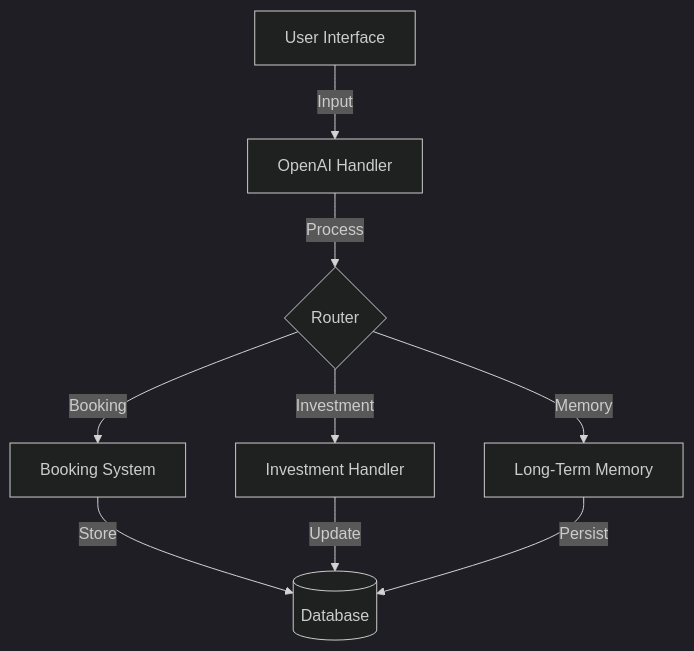
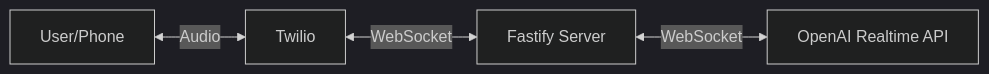
The first of 6 diagrams in README.md (monami44/Realtime-AI-Voice-Pokemon-Trainer), drawn with Mermaid (dark theme) before and after one commit. The commit also changed other lines of this file, not shown here.

````diff
--- a/README.md
+++ b/README.md
@@ -63,11 +43,6 @@
 ```mermaid
-flowchart TD
-    A[User Interface] -->|Input| B[OpenAI Handler]
-    B -->|Process| C{Router}
-    C -->|Booking| D[Booking System]
-    C -->|Investment| E[Investment Handler]
-    C -->|Memory| F[Long-Term Memory]
-    D -->|Store| G[(Database)]
-    E -->|Update| G
-    F -->|Persist| G
+graph LR
+    A[User/Phone] <-->|Audio| B[Twilio]
+    B <-->|WebSocket| C[Fastify Server]
+    C <-->|WebSocket| D[OpenAI Realtime API]
 ```
````
